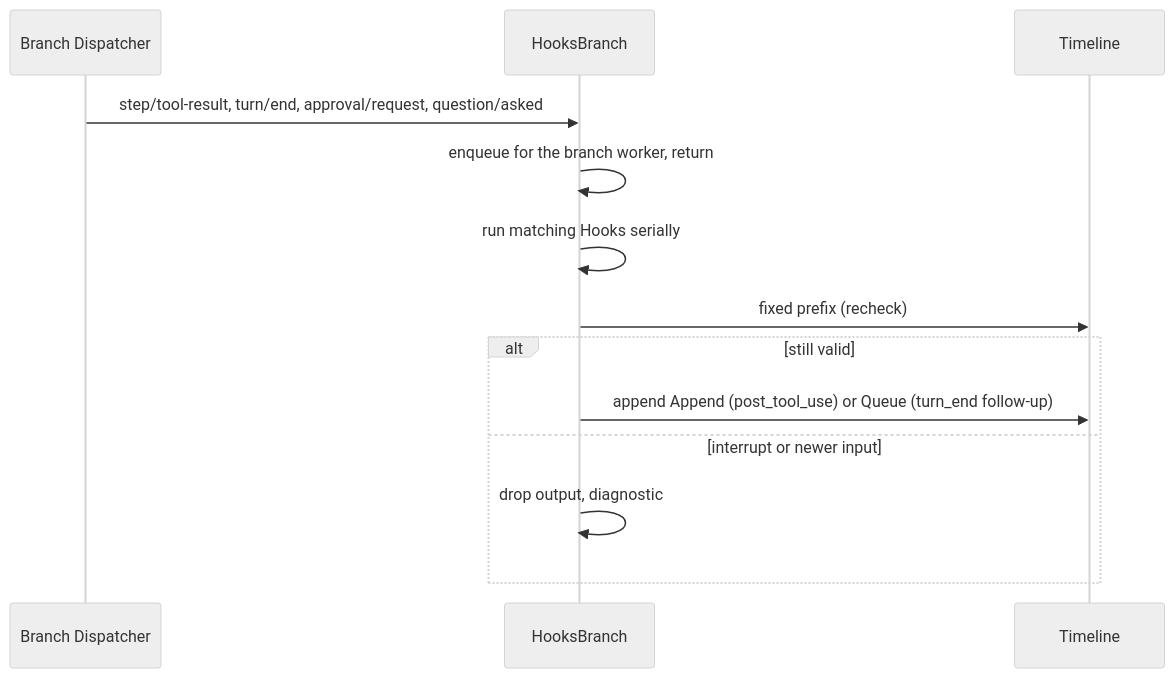
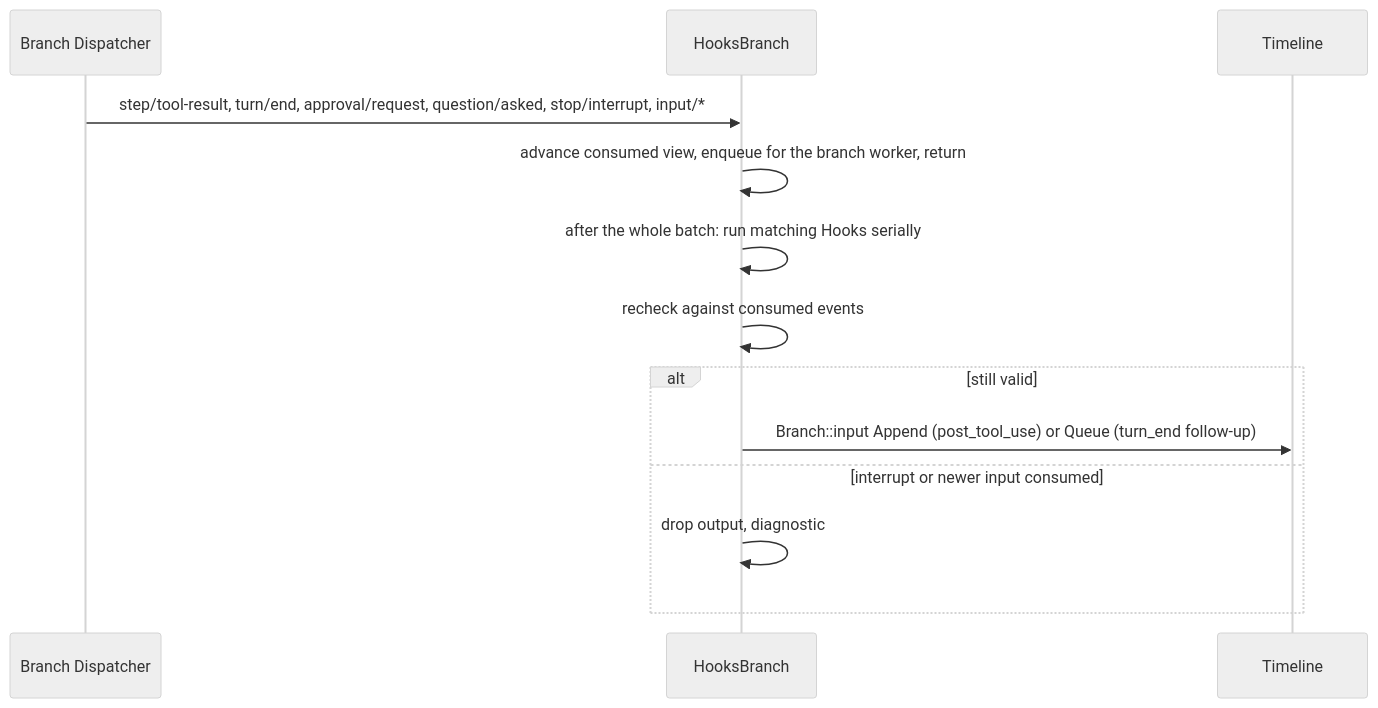
The sixth of 7 diagrams in docs/design/plugins/Hooks.md (CoutinhoTTS/dim-agent), drawn with Mermaid (neutral theme) before and after one commit. The commit also changed other lines of this file and 42 other files, not shown here.

````diff
--- a/docs/design/plugins/Hooks.md
+++ b/docs/design/plugins/Hooks.md
@@ -148,15 +151,15 @@
 ```mermaid
 sequenceDiagram
   participant DP as Branch Dispatcher
   participant HB as HooksBranch
   participant TL as Timeline
-  DP->>HB: step/tool-result, turn/end, approval/request, question/asked
-  HB->>HB: enqueue for the branch worker, return
-  HB->>HB: run matching Hooks serially
-  HB->>TL: fixed prefix (recheck)
+  DP->>HB: step/tool-result, turn/end, approval/request, question/asked, stop/interrupt, input/*
+  HB->>HB: advance consumed view, enqueue for the branch worker, return
+  HB->>HB: after the whole batch: run matching Hooks serially
+  HB->>HB: recheck against consumed events
   alt still valid
-    HB->>TL: append Append (post_tool_use) or Queue (turn_end follow-up)
-  else interrupt or newer input
+    HB->>TL: Branch::input Append (post_tool_use) or Queue (turn_end follow-up)
+  else interrupt or newer input consumed
     HB->>HB: drop output, diagnostic
   end
 ```
````
